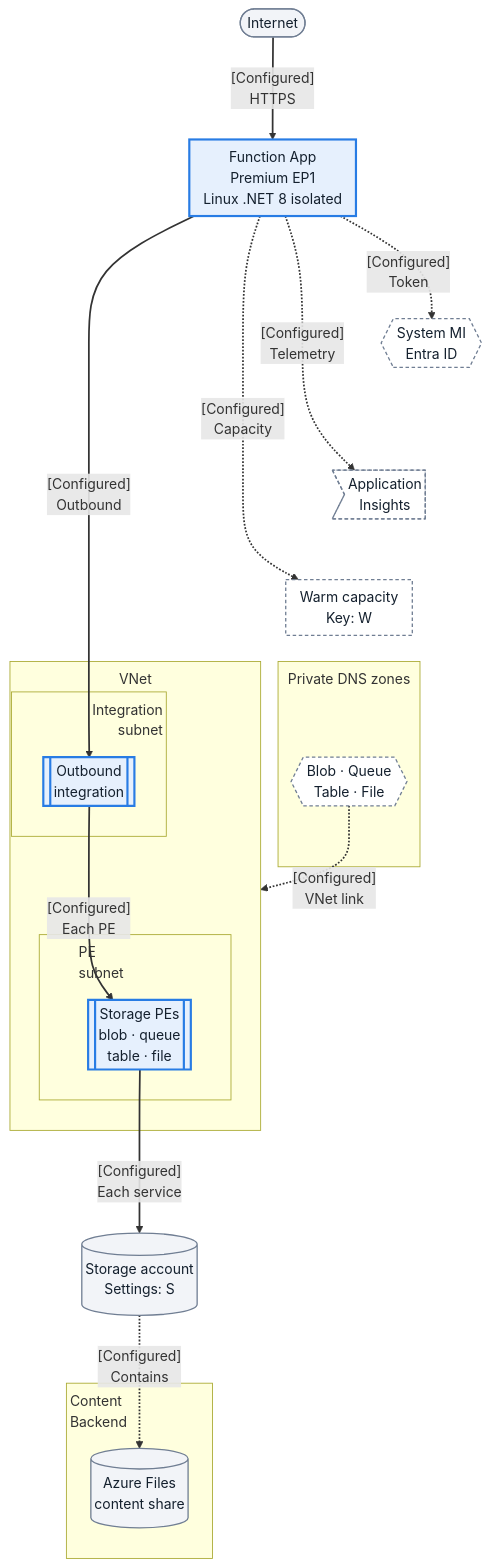
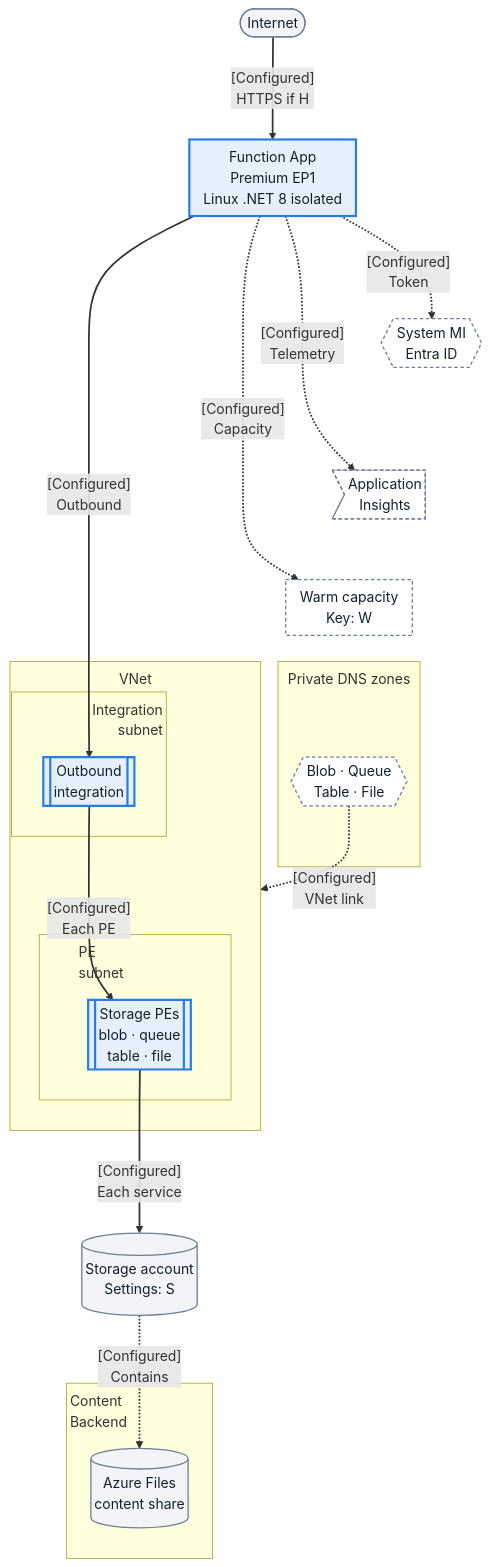
One commit to yeongseon/azure-functions-practical-guide changed the first of 2 diagrams in docs/language-guides/dotnet/tutorial/premium/02a-first-deploy-private-egress.md. Above: the diagram before and after it, drawn with Mermaid. The commit also changed other lines of this file and 1 other file, not shown here.

First line of the commit message:
docs(diagrams): qualify public ingress after the site private endpoint in the .NET Premium tutorial (#511)

````diff
--- a/docs/language-guides/dotnet/tutorial/premium/02a-first-deploy-private-egress.md
+++ b/docs/language-guides/dotnet/tutorial/premium/02a-first-deploy-private-egress.md
@@ -80,46 +81,46 @@
 ```mermaid
 %%{init: {'flowchart': {'nodeSpacing': 10, 'rankSpacing': 70, 'padding': 8, 'subGraphTitleMargin': {'top': 8, 'bottom': 32}}}}%%
 flowchart TD
     accTitle: Linux EP1 .NET 8 network and Storage topology
-    accDescr: Intended public HTTPS and separate private site ingress, outbound integration to four Storage endpoints, system identity, telemetry and warm capacity. Integration does not deploy the app into the subnet. Endpoint and DNS bundles expand in the adjacent key; historical blocked provisioning remains unchanged.
+    accDescr: Public HTTPS after the site private endpoint is added requires publicNetworkAccess explicitly Enabled (H); private site ingress remains separate. Outbound integration to four Storage endpoints, system identity, telemetry and warm capacity are shown. Integration does not deploy the app into the subnet. Endpoint and DNS bundles expand in the adjacent key; historical blocked provisioning remains unchanged.
     client(["Internet"])
     app_runtime["Function App<br/>Premium EP1<br/>Linux .NET 8 isolated"]
     identity{{"System MI<br/>Entra ID"}}
     telemetry>"Application<br/>Insights"]
     WARM["Warm capacity<br/>Key: W"]
     subgraph DNS["Private DNS zones"]
         dns_fn{{"Blob · Queue<br/>Table · File"}}
     end
     subgraph vnet_fn["VNet"]
         subgraph subnet_int_fn["<div style='width:170px;text-align:right'>Integration<br/>subnet</div>"]
             vnet_integration[["Outbound<br/>integration"]]
         end
         subgraph subnet_pe_fn["<div style='width:130px;text-align:left'>PE<br/>subnet</div>"]
             pe_storage[["Storage PEs<br/>blob · queue<br/>table · file"]]
         end
     end
     storage_db[("Storage account<br/>Settings: S")]
     subgraph STORAGE["<div style='width:160px;text-align:left'>Content<br/>Backend</div>"]
         SHARE[("Azure Files<br/>content share")]
     end
-    client -->|"[Configured]<br/>HTTPS"| app_runtime
+    client -->|"[Configured]<br/>HTTPS if H"| app_runtime
     app_runtime -.->|"[Configured]<br/>Token"| identity
     app_runtime -.->|"[Configured]<br/>Telemetry"| telemetry
     app_runtime -.->|"[Configured]<br/>Capacity"| WARM
     dns_fn -.->|"[Configured]<br/>VNet link"| vnet_fn
     app_runtime -->|"[Configured]<br/>Outbound"| vnet_integration
     vnet_integration -->|"[Configured]<br/>Each PE"| pe_storage
     pe_storage -->|"[Configured]<br/>Each service"| storage_db
     storage_db -.->|"[Configured]<br/>Contains"| SHARE
     %% Layout-only tiers; no additional traffic or deployment stages.
     identity ~~~ telemetry
     telemetry ~~~ WARM
     WARM ~~~ dns_fn
     classDef baseNeutral fill:#f2f4f8,stroke:#707e93,stroke-width:1.5px,color:#14202e;
     classDef focusActive fill:#e6f0fd,stroke:#287ce4,stroke-width:2.5px,color:#14202e;
     classDef bandMuted fill:#ffffff,stroke:#707e93,stroke-width:1.5px,stroke-dasharray:4 3,color:#14202e;
     class client,storage_db,SHARE baseNeutral;
     class app_runtime,vnet_integration,pe_storage focusActive;
     class identity,telemetry,dns_fn,WARM bandMuted;
     linkStyle default stroke-width:2px;
 ```
````
